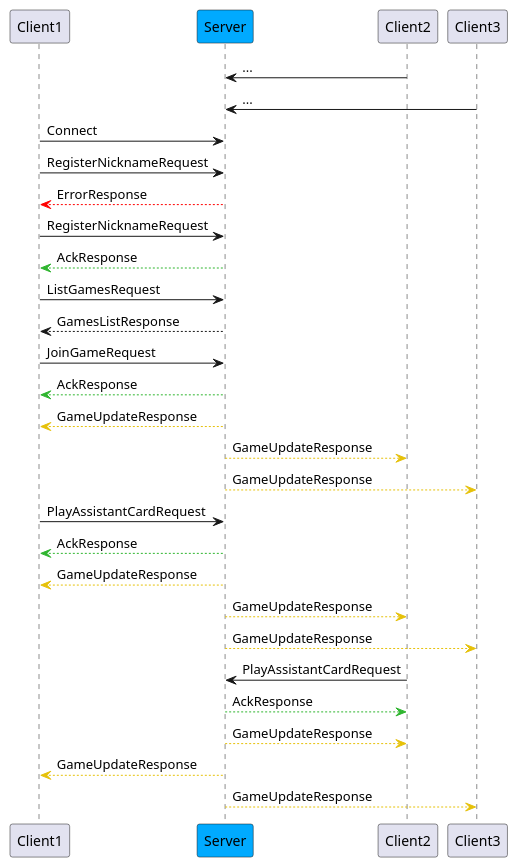
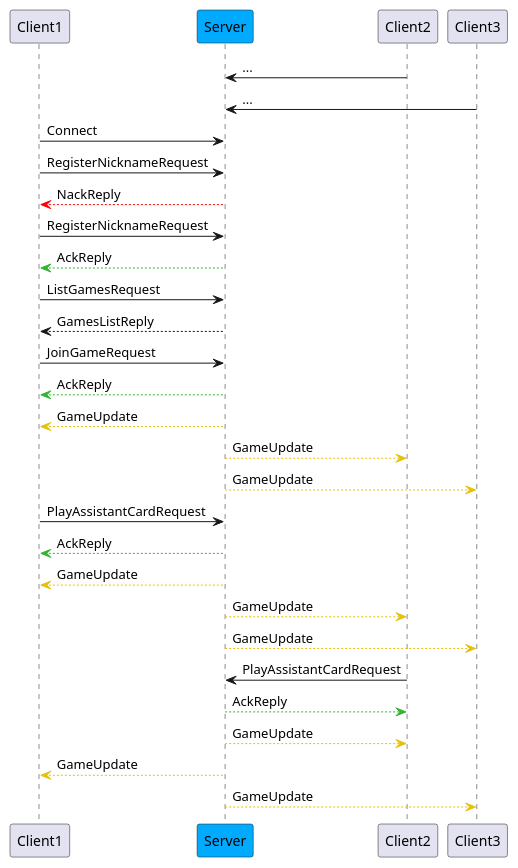
One commit to francesco-re-1107/eriantys changed the diagram in deliverables/network_sequence.plantuml. Above: the diagram before and after it, drawn with PlantUML. The commit also changed 6 other files, not shown here.

```diff
--- a/deliverables/network_sequence.plantuml
+++ b/deliverables/network_sequence.plantuml
@@ -1,40 +1,40 @@
 @startuml NetworkSequence
 
 participant Client1 order 0
 participant Server order 1 #00AAFF
 participant Client2 order 2
 participant Client3 order 3
 
 
 Client2 -> Server : ...
 Client3 -> Server : ...
 
 Client1 -> Server: Connect
 Client1 -> Server: RegisterNicknameRequest
-Client1 <-[#FF0000]- Server: ErrorResponse
+Client1 <-[#FF0000]- Server: NackReply
 Client1 -> Server: RegisterNicknameRequest
-Client1 <-[#2fb52f]- Server: AckResponse
+Client1 <-[#2fb52f]- Server: AckReply
 
 Client1 -> Server: ListGamesRequest
-Client1 <-- Server: GamesListResponse
+Client1 <-- Server: GamesListReply
 
 Client1 -> Server: JoinGameRequest
-Client1 <-[#2fb52f]- Server: AckResponse
+Client1 <-[#2fb52f]- Server: AckReply
 
-Client1 <-[#e6c109]- Server: GameUpdateResponse
-Client2 <-[#e6c109]- Server: GameUpdateResponse
-Client3 <-[#e6c109]- Server: GameUpdateResponse
+Client1 <-[#e6c109]- Server: GameUpdate
+Client2 <-[#e6c109]- Server: GameUpdate
+Client3 <-[#e6c109]- Server: GameUpdate
 
 Client1 -> Server: PlayAssistantCardRequest
-Client1 <-[#2fb52f]- Server: AckResponse
-Client1 <-[#e6c109]- Server: GameUpdateResponse
-Client2 <-[#e6c109]- Server: GameUpdateResponse
-Client3 <-[#e6c109]- Server: GameUpdateResponse
+Client1 <-[#2fb52f]- Server: AckReply
+Client1 <-[#e6c109]- Server: GameUpdate
+Client2 <-[#e6c109]- Server: GameUpdate
+Client3 <-[#e6c109]- Server: GameUpdate
 
 Client2 -> Server: PlayAssistantCardRequest
-Client2 <-[#2fb52f]- Server: AckResponse
-Client2 <-[#e6c109]- Server: GameUpdateResponse
-Client1 <-[#e6c109]- Server: GameUpdateResponse
-Client3 <-[#e6c109]- Server: GameUpdateResponse
+Client2 <-[#2fb52f]- Server: AckReply
+Client2 <-[#e6c109]- Server: GameUpdate
+Client1 <-[#e6c109]- Server: GameUpdate
+Client3 <-[#e6c109]- Server: GameUpdate
 
 @enduml
```
